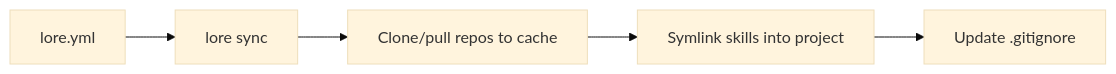
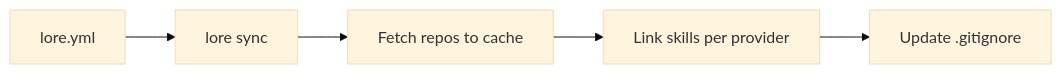
One commit to GyroZepelix/loremaster changed the first of 2 diagrams in README.md. Above: the diagram before and after it, drawn with Mermaid (base theme). The commit also changed other lines of this file, not shown here.

````diff
--- a/README.md
+++ b/README.md
@@ -28,7 +26,7 @@
 ```mermaid
 flowchart LR
     A[lore.yml] --> B[lore sync]
-    B --> C[Clone/pull repos to cache]
-    C --> D[Symlink skills into project]
+    B --> C[Fetch repos to cache]
+    C --> D[Link skills per provider]
     D --> E[Update .gitignore]
 ```
````
